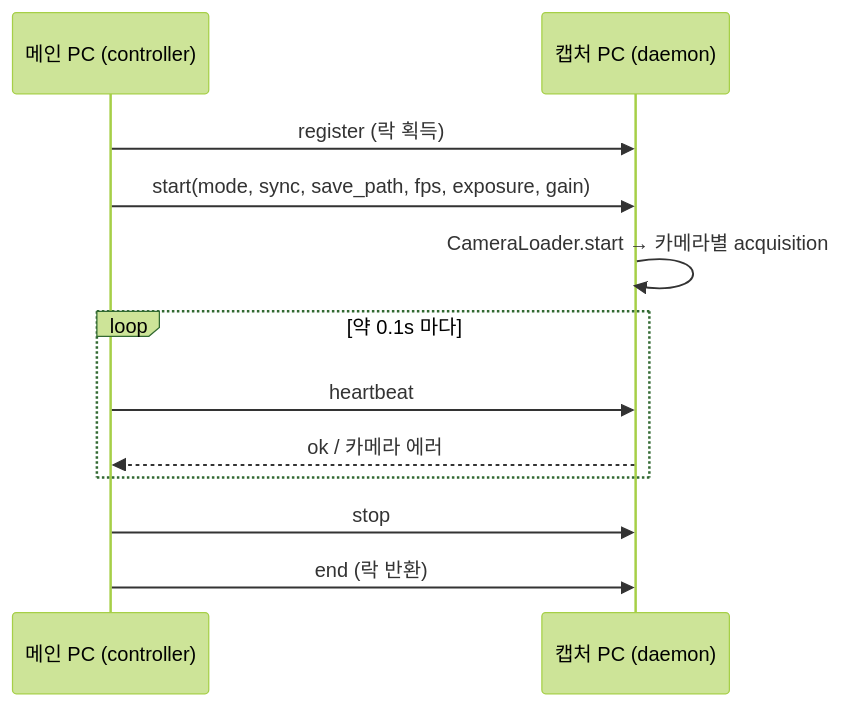
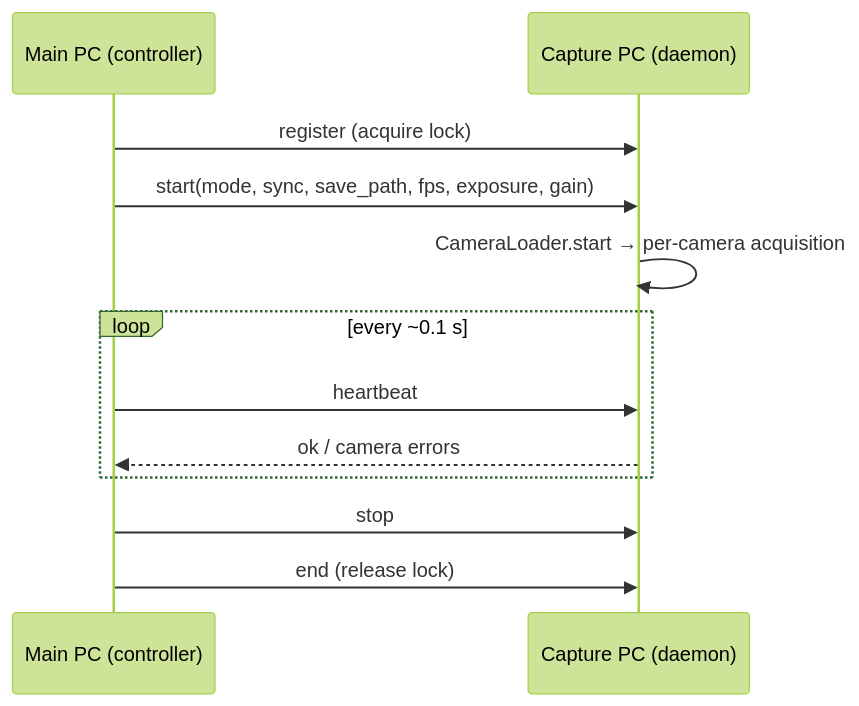
One commit to willi19/paradex changed the third of 7 diagrams in docs/camera_system.md. Above: the diagram before and after it, drawn with Mermaid (forest theme). The commit also changed other lines of this file and 3 other files, not shown here.

````diff
--- a/docs/camera_system.md
+++ b/docs/camera_system.md
@@ -178,14 +180,14 @@
 ```{mermaid}
 sequenceDiagram
-    participant M as 메인 PC (controller)
-    participant D as 캡처 PC (daemon)
-    M->>D: register (락 획득)
+    participant M as Main PC (controller)
+    participant D as Capture PC (daemon)
+    M->>D: register (acquire lock)
     M->>D: start(mode, sync, save_path, fps, exposure, gain)
-    D->>D: CameraLoader.start → 카메라별 acquisition
-    loop 약 0.1s 마다
+    D->>D: CameraLoader.start → per-camera acquisition
+    loop every ~0.1 s
       M->>D: heartbeat
-      D-->>M: ok / 카메라 에러
+      D-->>M: ok / camera errors
     end
     M->>D: stop
-    M->>D: end (락 반환)
+    M->>D: end (release lock)
 ```
````
